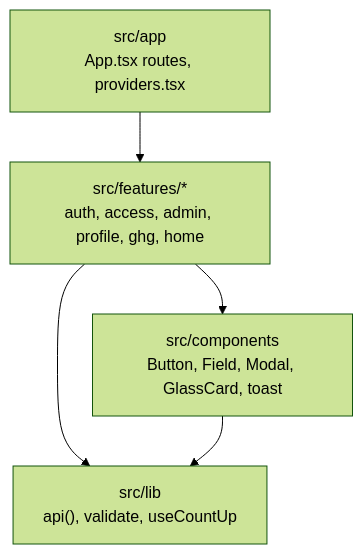
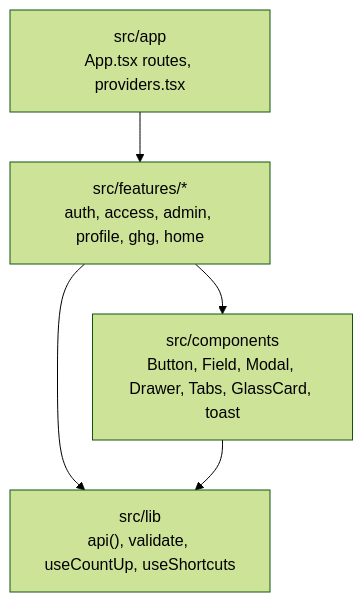
Before and after one commit to miketak/carbonos: the diagram in docs/reference/frontend-structure.md, drawn with Mermaid (forest theme). The commit also changed other lines of this file and 6 other files, not shown here.

````diff
--- a/docs/reference/frontend-structure.md
+++ b/docs/reference/frontend-structure.md
@@ -13,13 +13,13 @@
 ```mermaid
 flowchart TB
     accTitle: The frontend folders and how they depend on each other
     accDescr: app wires routing and providers; features hold pages, components and queries per backend module; components is shared UI; lib is shared infrastructure that every feature calls.
     app["src/app\nApp.tsx routes, providers.tsx"]
     features["src/features/*\nauth, access, admin, profile, ghg, home"]
-    components["src/components\nButton, Field, Modal, GlassCard, toast"]
-    lib["src/lib\napi(), validate, useCountUp"]
+    components["src/components\nButton, Field, Modal, Drawer, Tabs, GlassCard, toast"]
+    lib["src/lib\napi(), validate, useCountUp, useShortcuts"]
     app --> features
     features --> components
     features --> lib
     components --> lib
 ```
````
